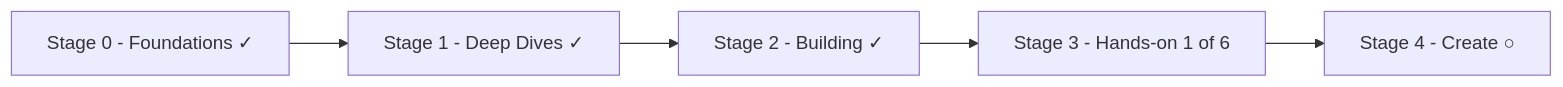
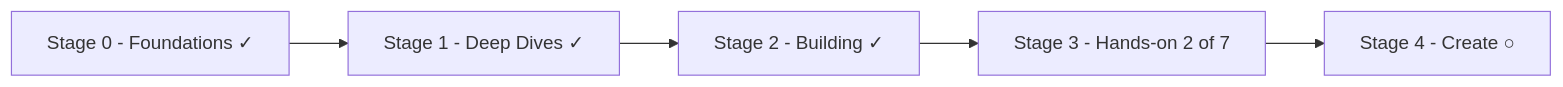
Before and after one commit to namphuongtran/ai-vault: the diagram in content/en/roadmap/_index.md, drawn with Mermaid. The commit also changed other lines of this file and 36 other files, not shown here.

First line of the commit message:
Add Lab 2 — Build your own agent harness; roadmap four layers (EN + VI) (#63)

````diff
--- a/content/en/roadmap/_index.md
+++ b/content/en/roadmap/_index.md
@@ -21,5 +21,5 @@
 ```mermaid
 flowchart LR
     S0[Stage 0 - Foundations ✓] --> S1[Stage 1 - Deep Dives ✓] --> S2[Stage 2 - Building ✓]
-    S2 --> S3[Stage 3 - Hands-on 1 of 6] --> S4[Stage 4 - Create ○]
+    S2 --> S3[Stage 3 - Hands-on 2 of 7] --> S4[Stage 4 - Create ○]
 ```
````
